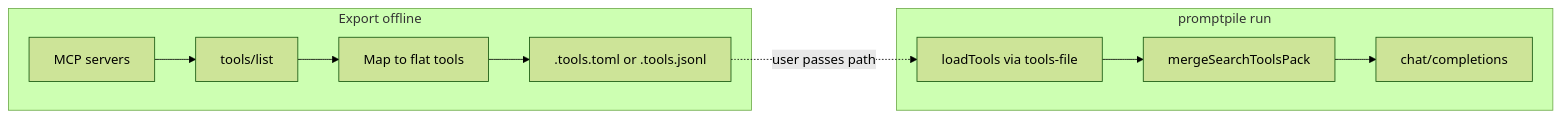
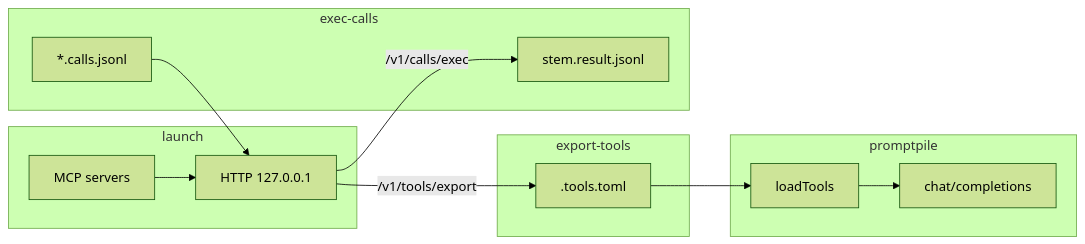
The diagram in packages/promptpile-mcp/README.md (lithdoo/lithdoo-lab), drawn with Mermaid (forest theme) before and after one commit. The commit also changed other lines of this file and 54 other files, not shown here.

First line of the commit message:
feat: promptpile-mcp gateway, calls.jsonl naming, and docs

````diff
--- a/packages/promptpile-mcp/README.md
+++ b/packages/promptpile-mcp/README.md
@@ -121,17 +139,23 @@
 ```mermaid
 flowchart LR
-  subgraph export [Export offline]
+  subgraph gateway [launch]
     MCP[MCP servers]
-    List[tools/list]
-    Map[Map to flat tools]
-    File[.tools.toml or .tools.jsonl]
-    MCP --> List --> Map --> File
+    HTTP[HTTP 127.0.0.1]
+    MCP --> HTTP
   end
-  subgraph run [promptpile run]
-    Load[loadTools via tools-file]
-    Merge[mergeSearchToolsPack]
+  subgraph export [export-tools]
+    File[.tools.toml]
+    HTTP -->|/v1/tools/export| File
+  end
+  subgraph run [promptpile]
+    Load[loadTools]
     API[chat/completions]
-    File -.->|user passes path| Load
-    Load --> Merge --> API
+    File --> Load --> API
+  end
+  subgraph exec [exec-calls]
+    Calls["*.calls.jsonl"]
+    Res["stem.result.jsonl"]
+    Calls --> HTTP
+    HTTP -->|/v1/calls/exec| Res
   end
 ```
````
